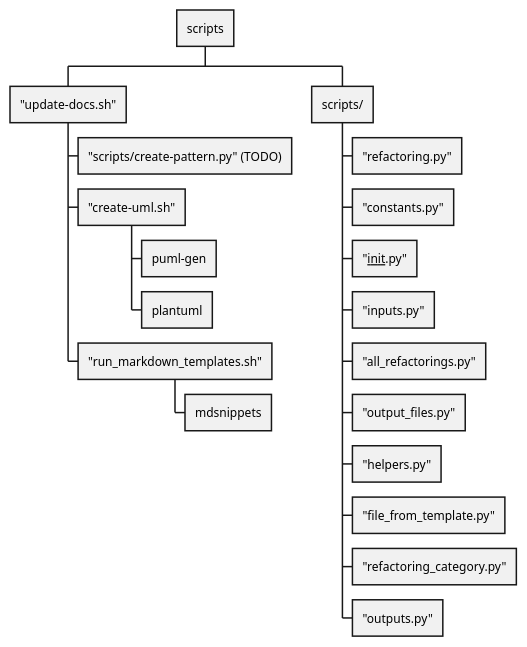
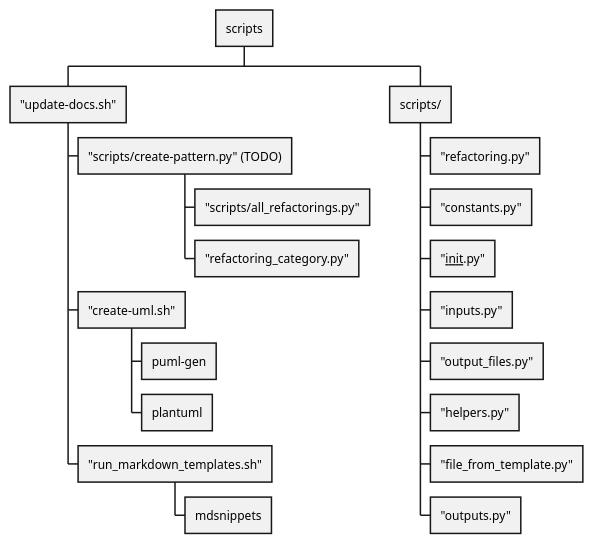
One commit to claremacrae/RefactoringSamples changed the diagram in uml/Scripts/Scripts.puml. Above: the diagram before and after it, drawn with PlantUML.

Commit message:
Document what "scripts/create-pattern.py" calls

```diff
--- a/uml/Scripts/Scripts.puml
+++ b/uml/Scripts/Scripts.puml
@@ -1,23 +1,23 @@
 @startwbs
 
 * scripts
 ** "update-docs.sh"
 *** "scripts/create-pattern.py" (TODO)
+**** "scripts/all_refactorings.py"
+**** "refactoring_category.py"
 *** "create-uml.sh"
 **** puml-gen
 **** plantuml
 *** "run_markdown_templates.sh"
 **** mdsnippets
 ** scripts/
 *** "refactoring.py"
 *** "constants.py"
 *** "__init__.py"
 *** "inputs.py"
-*** "all_refactorings.py"
 *** "output_files.py"
 *** "helpers.py"
 *** "file_from_template.py"
-*** "refactoring_category.py"
 *** "outputs.py"
 
 @endwbs
```
